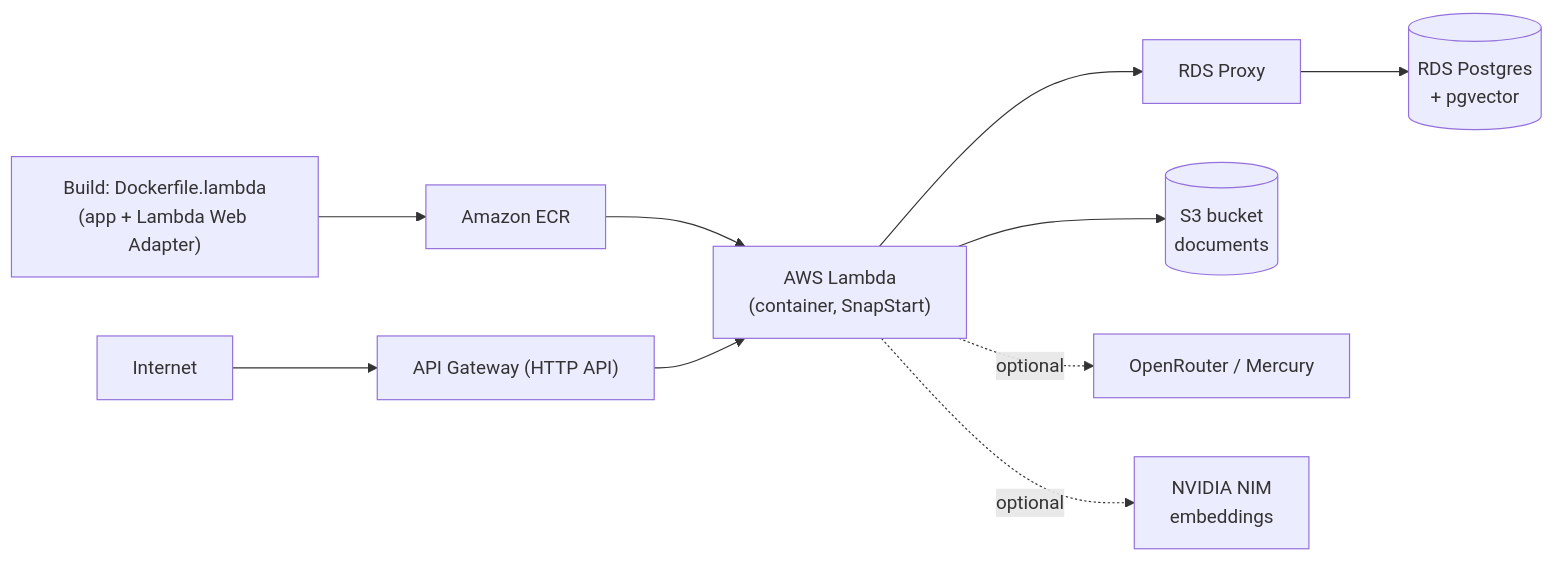
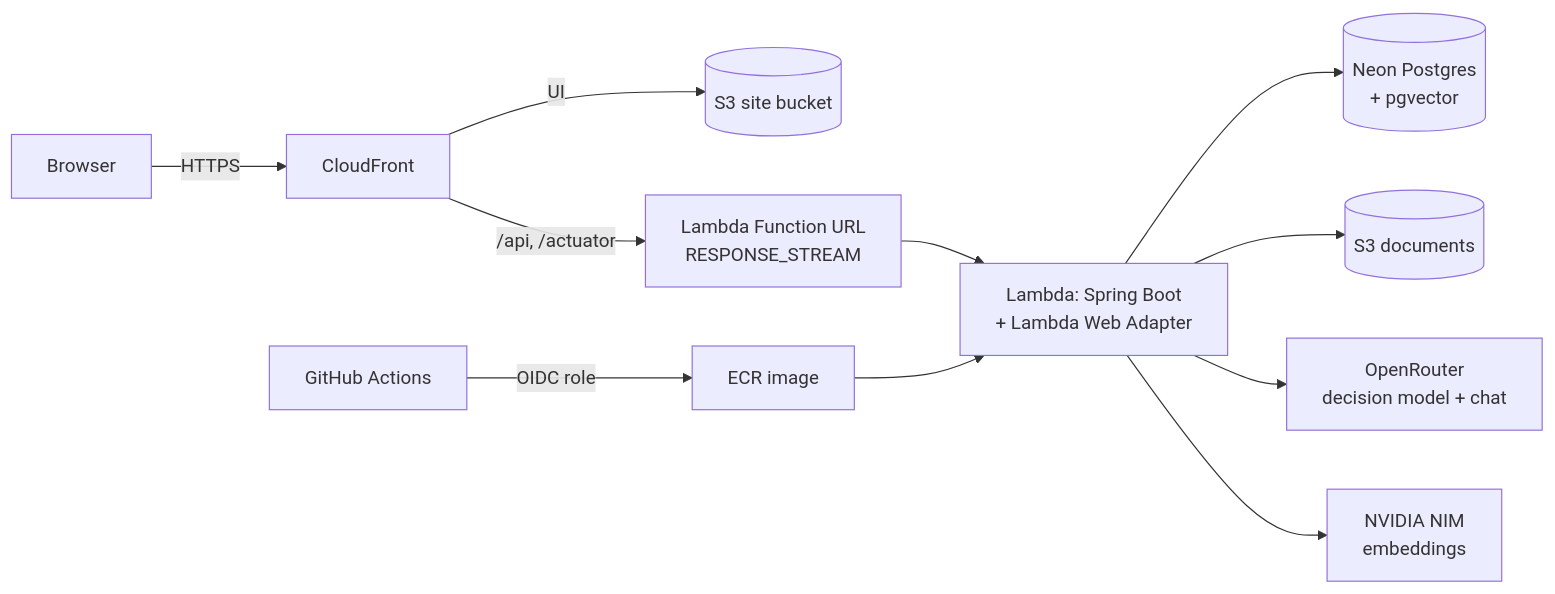
Diagram 12 of 14 in PROJECT.md (arshdeep3010/health-claim-decision-agent), drawn with Mermaid before and after one commit. The commit also changed other lines of this file and 4 other files, not shown here.

First line of the commit message:
Docs: decision-model judge, live AWS deployment, test counts

````diff
--- a/PROJECT.md
+++ b/PROJECT.md
@@ -532,10 +559,12 @@
 ```mermaid
 flowchart LR
-  dev["Build: Dockerfile.lambda<br/>(app + Lambda Web Adapter)"] --> ecr["Amazon ECR"]
-  ecr --> lam["AWS Lambda<br/>(container, SnapStart)"]
-  net["Internet"] --> apigw["API Gateway (HTTP API)"] --> lam
-  lam --> proxy["RDS Proxy"] --> rds[("RDS Postgres<br/>+ pgvector")]
-  lam --> s3[("S3 bucket<br/>documents")]
-  lam -. optional .-> mercury["OpenRouter / Mercury"]
-  lam -. optional .-> nim["NVIDIA NIM<br/>embeddings"]
+  user["Browser"] -->|HTTPS| cf["CloudFront"]
+  cf -->|"UI"| site[("S3 site bucket")]
+  cf -->|"/api, /actuator"| url["Lambda Function URL<br/>RESPONSE_STREAM"]
+  url --> lam["Lambda: Spring Boot<br/>+ Lambda Web Adapter"]
+  lam --> neon[("Neon Postgres<br/>+ pgvector")]
+  lam --> docs[("S3 documents")]
+  lam --> or["OpenRouter<br/>decision model + chat"]
+  lam --> nim["NVIDIA NIM<br/>embeddings"]
+  gh["GitHub Actions"] -->|"OIDC role"| ecr["ECR image"] --> lam
 ```
````
